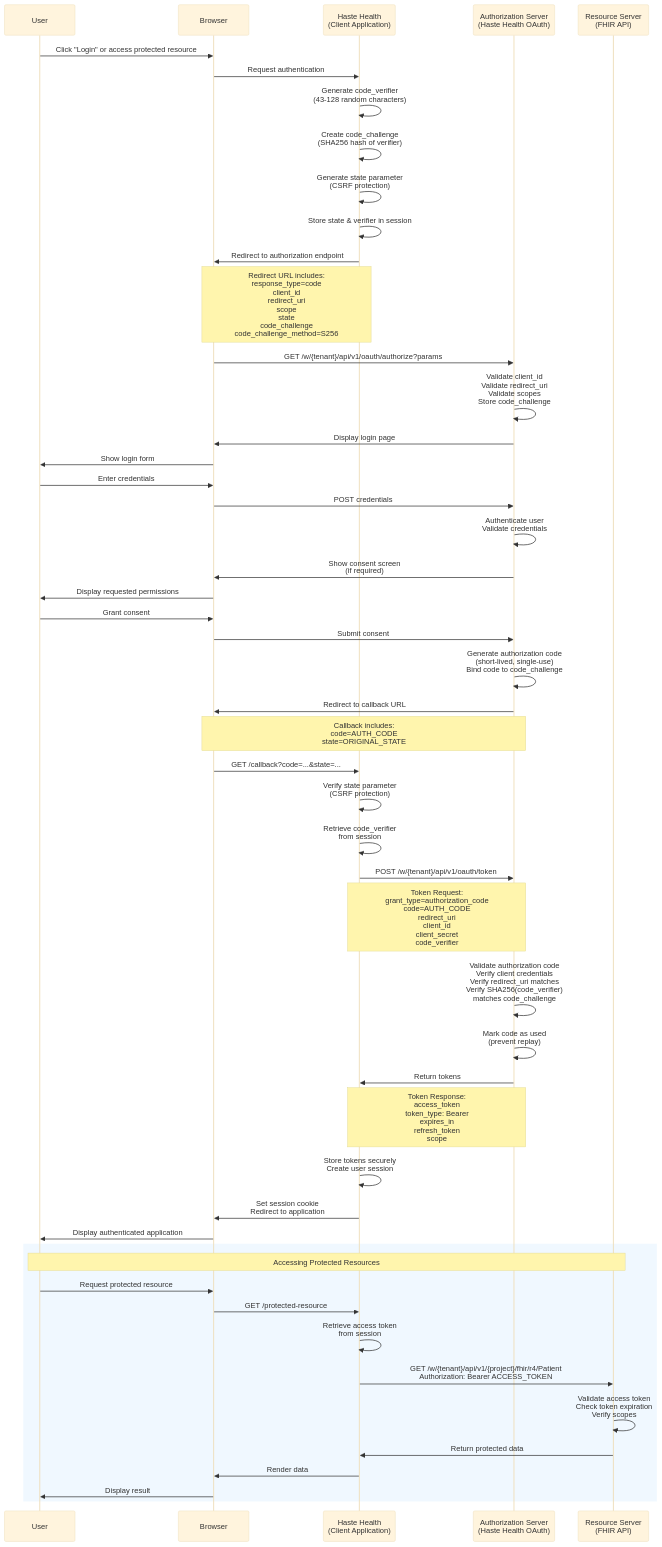
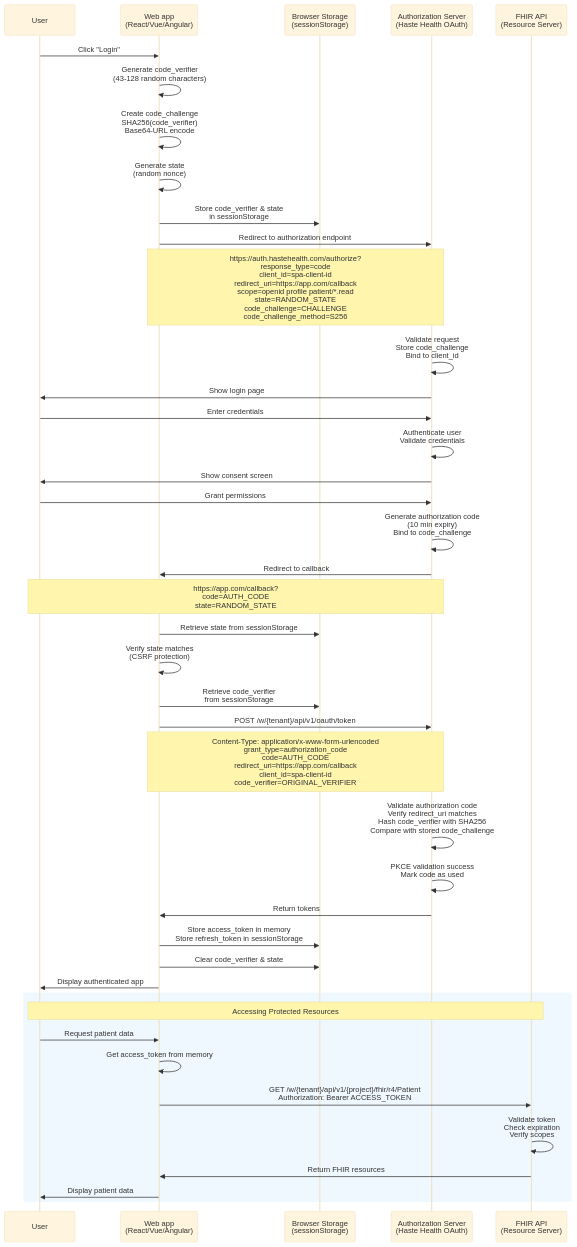
One commit to HasteHealth/HasteHealth changed the diagram in frontend/packages/website/docs/Authentication/OpenID Connect/Authorization Code.mdx. Above: the diagram before and after it, drawn with Mermaid (base theme). The commit also changed other lines of this file and 1 other file, not shown here.

Commit message:
update auth code docs

````diff
--- a/frontend/packages/website/docs/Authentication/OpenID Connect/Authorization Code.mdx
+++ b/frontend/packages/website/docs/Authentication/OpenID Connect/Authorization Code.mdx
@@ -33,80 +33,74 @@
 ```mermaid
 sequenceDiagram
     participant User
-    participant Browser
-    participant App as Haste Health<br/>(Client Application)
+    participant SPA as Web app<br/>(React/Vue/Angular)
+    participant Browser as Browser Storage<br/>(sessionStorage)
     participant AuthServer as Authorization Server<br/>(Haste Health OAuth)
-    participant ResourceServer as Resource Server<br/>(FHIR API)
+    participant API as FHIR API<br/>(Resource Server)
 
-    User->>Browser: Click "Login" or access protected resource
-    Browser->>App: Request authentication
+    User->>SPA: Click "Login"
     
-    App->>App: Generate code_verifier<br/>(43-128 random characters)
-    App->>App: Create code_challenge<br/>(SHA256 hash of verifier)
-    App->>App: Generate state parameter<br/>(CSRF protection)
-    App->>App: Store state & verifier in session
+    SPA->>SPA: Generate code_verifier<br/>(43-128 random characters)
+    SPA->>SPA: Create code_challenge<br/>SHA256(code_verifier)<br/>Base64-URL encode
+    SPA->>SPA: Generate state<br/>(random nonce)
     
-    App->>Browser: Redirect to authorization endpoint
-    Note over App,Browser: Redirect URL includes:<br/>response_type=code<br/>client_id<br/>redirect_uri<br/>scope<br/>state<br/>code_challenge<br/>code_challenge_method=S256
+    SPA->>Browser: Store code_verifier & state<br/>in sessionStorage
     
-    Browser->>AuthServer: GET /w/{tenant}/api/v1/oauth/authorize?params
+    SPA->>AuthServer: Redirect to authorization endpoint
+    Note over SPA,AuthServer: https://auth.hastehealth.com/authorize?<br/>response_type=code<br/>client_id=spa-client-id<br/>redirect_uri=https://app.com/callback<br/>scope=openid profile patient/*.read<br/>state=RANDOM_STATE<br/>code_challenge=CHALLENGE<br/>code_challenge_method=S256
     
-    AuthServer->>AuthServer: Validate client_id<br/>Validate redirect_uri<br/>Validate scopes<br/>Store code_challenge
+
     
-    AuthServer->>Browser: Display login page
-    Browser->>User: Show login form
+    AuthServer->>AuthServer: Validate request<br/>Store code_challenge<br/>Bind to client_id
     
-    User->>Browser: Enter credentials
-    Browser->>AuthServer: POST credentials
+    AuthServer->>User: Show login page
+    
+    User->>AuthServer: Enter credentials
     
     AuthServer->>AuthServer: Authenticate user<br/>Validate credentials
     
-    AuthServer->>Browser: Show consent screen<br/>(if required)
-    Browser->>User: Display requested permissions
+    AuthServer->>User: Show consent screen
     
-    User->>Browser: Grant consent
-    Browser->>AuthServer: Submit consent
+    User->>AuthServer: Grant permissions
     
-    AuthServer->>AuthServer: Generate authorization code<br/>(short-lived, single-use)<br/>Bind code to code_challenge
+    AuthServer->>AuthServer: Generate authorization code<br/>(10 min expiry)<br/>Bind to code_challenge
     
-    AuthServer->>Browser: Redirect to callback URL
-    Note over AuthServer,Browser: Callback includes:<br/>code=AUTH_CODE<br/>state=ORIGINAL_STATE
+    AuthServer->>SPA: Redirect to callback
+    Note over AuthServer,User: https://app.com/callback?<br/>code=AUTH_CODE<br/>state=RANDOM_STATE
     
-    Browser->>App: GET /callback?code=...&state=...
     
-    App->>App: Verify state parameter<br/>(CSRF protection)
-    App->>App: Retrieve code_verifier<br/>from session
+    SPA->>Browser: Retrieve state from sessionStorage
+    SPA->>SPA: Verify state matches<br/>(CSRF protection)
     
-    App->>AuthServer: POST /w/{tenant}/api/v1/oauth/token
-    Note over App,AuthServer: Token Request:<br/>grant_type=authorization_code<br/>code=AUTH_CODE<br/>redirect_uri<br/>client_id<br/>client_secret<br/>code_verifier
+    SPA->>Browser: Retrieve code_verifier<br/>from sessionStorage
     
-    AuthServer->>AuthServer: Validate authorization code<br/>Verify client credentials<br/>Verify redirect_uri matches<br/>Verify SHA256(code_verifier)<br/>matches code_challenge
+    SPA->>AuthServer: POST /w/{tenant}/api/v1/oauth/token
+    Note over SPA,AuthServer: Content-Type: application/x-www-form-urlencoded<br/>grant_type=authorization_code<br/>code=AUTH_CODE<br/>redirect_uri=https://app.com/callback<br/>client_id=spa-client-id<br/>code_verifier=ORIGINAL_VERIFIER
     
-    AuthServer->>AuthServer: Mark code as used<br/>(prevent replay)
+    AuthServer->>AuthServer: Validate authorization code<br/>Verify redirect_uri matches<br/>Hash code_verifier with SHA256<br/>Compare with stored code_challenge
     
-    AuthServer->>App: Return tokens
-    Note over AuthServer,App: Token Response:<br/>access_token<br/>token_type: Bearer<br/>expires_in<br/>refresh_token<br/>scope
+    AuthServer->>AuthServer: PKCE validation success<br/>Mark code as used
     
-    App->>App: Store tokens securely<br/>Create user session
+    AuthServer->>SPA: Return tokens
     
-    App->>Browser: Set session cookie<br/>Redirect to application
+    SPA->>Browser: Store access_token in memory<br/>Store refresh_token in sessionStorage
+    SPA->>Browser: Clear code_verifier & state
     
-    Browser->>User: Display authenticated application
+    SPA->>User: Display authenticated app
     
     rect rgb(240, 248, 255)
-        Note over User,ResourceServer: Accessing Protected Resources
+        Note over User,API: Accessing Protected Resources
         
-        User->>Browser: Request protected resource
-        Browser->>App: GET /protected-resource
+        User->>SPA: Request patient data
         
-        App->>App: Retrieve access token<br/>from session
+        SPA->>SPA: Get access_token from memory
         
-        App->>ResourceServer: GET /w/{tenant}/api/v1/{project}/fhir/r4/Patient<br/>Authorization: Bearer ACCESS_TOKEN
+        SPA->>API: GET /w/{tenant}/api/v1/{project}/fhir/r4/Patient<br/>Authorization: Bearer ACCESS_TOKEN
         
-        ResourceServer->>ResourceServer: Validate access token<br/>Check token expiration<br/>Verify scopes
+        API->>API: Validate token<br/>Check expiration<br/>Verify scopes
         
-        ResourceServer->>App: Return protected data
-        App->>Browser: Render data
-        Browser->>User: Display result
+        API->>SPA: Return FHIR resources
+        
+        SPA->>User: Display patient data
     end
 ```
````
